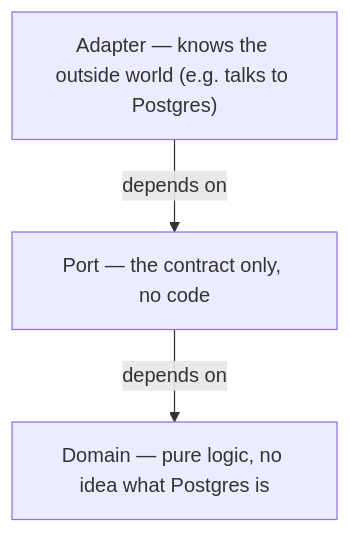
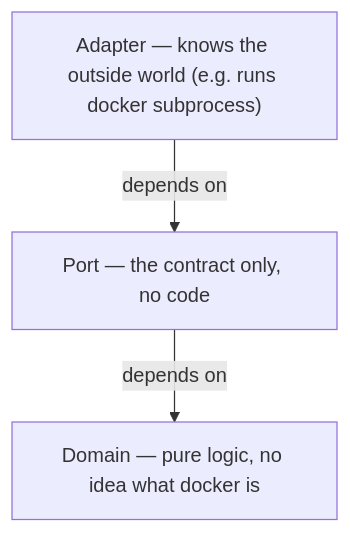
The third of 3 diagrams in docs/ARCHITECTURE.md (BinaryBand/server-apps), drawn with Mermaid before and after one commit. The commit also changed other lines of this file and 38 other files, not shown here.

````diff
--- a/docs/ARCHITECTURE.md
+++ b/docs/ARCHITECTURE.md
@@ -105,8 +131,8 @@
 ```mermaid
 flowchart TD
-    A["Adapter — knows the outside world (e.g. talks to Postgres)"]
+    A["Adapter — knows the outside world (e.g. runs docker subprocess)"]
     P["Port — the contract only, no code"]
-    D["Domain — pure logic, no idea what Postgres is"]
+    D["Domain — pure logic, no idea what docker is"]
     A -->|depends on| P
     P -->|depends on| D
 ```
````
